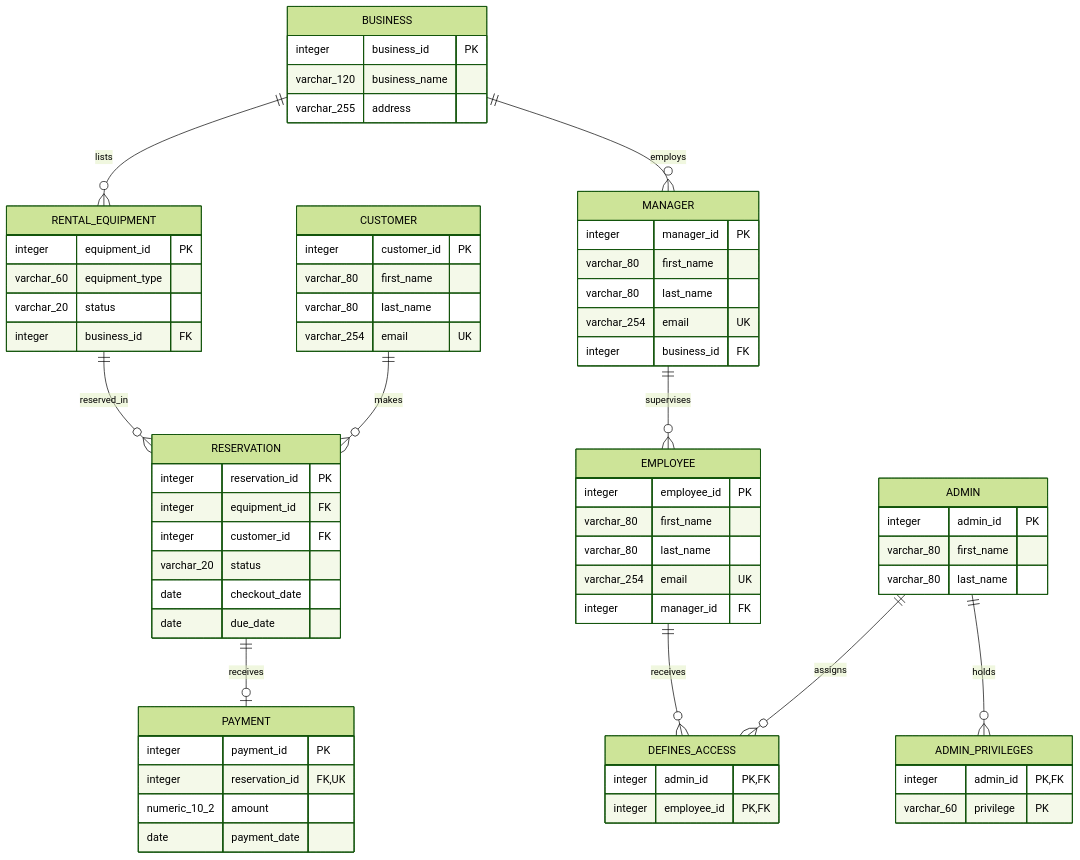
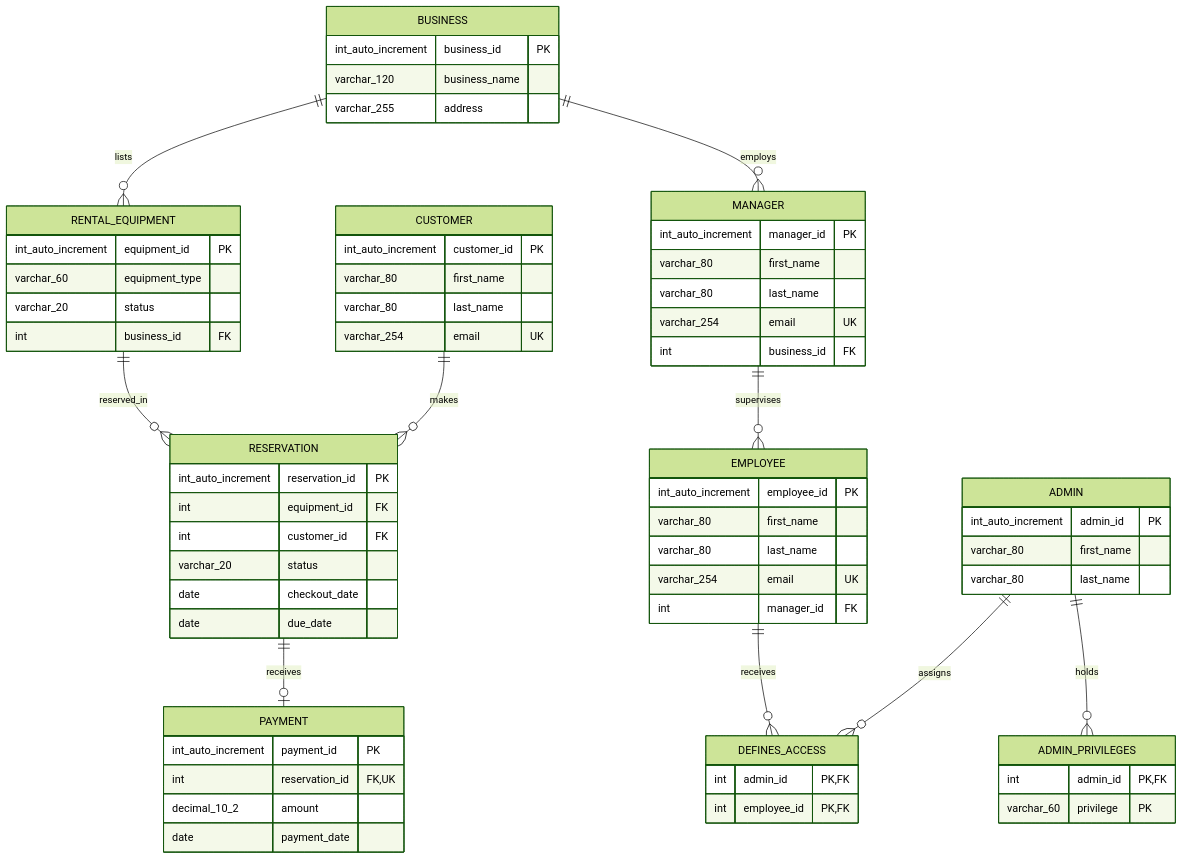
One commit to AryanMick/cs4604-group9-outdoor-rental changed the diagram in Corrected_Relational_Schema.mmd. Above: the diagram before and after it, drawn with Mermaid (forest theme). The commit also changed 38 other files, not shown here.

```diff
--- a/Corrected_Relational_Schema.mmd
+++ b/Corrected_Relational_Schema.mmd
@@ -1,68 +1,68 @@
 erDiagram
     BUSINESS ||--o{ RENTAL_EQUIPMENT : lists
     BUSINESS ||--o{ MANAGER : employs
     MANAGER ||--o{ EMPLOYEE : supervises
     CUSTOMER ||--o{ RESERVATION : makes
     RENTAL_EQUIPMENT ||--o{ RESERVATION : reserved_in
     RESERVATION ||--o| PAYMENT : receives
     ADMIN ||--o{ DEFINES_ACCESS : assigns
     EMPLOYEE ||--o{ DEFINES_ACCESS : receives
     ADMIN ||--o{ ADMIN_PRIVILEGES : holds
     BUSINESS {
-        integer business_id PK
+        int_auto_increment business_id PK
         varchar_120 business_name
         varchar_255 address
     }
     RENTAL_EQUIPMENT {
-        integer equipment_id PK
+        int_auto_increment equipment_id PK
         varchar_60 equipment_type
         varchar_20 status
-        integer business_id FK
+        int business_id FK
     }
     CUSTOMER {
-        integer customer_id PK
+        int_auto_increment customer_id PK
         varchar_80 first_name
         varchar_80 last_name
         varchar_254 email UK
     }
     RESERVATION {
-        integer reservation_id PK
-        integer equipment_id FK
-        integer customer_id FK
+        int_auto_increment reservation_id PK
+        int equipment_id FK
+        int customer_id FK
         varchar_20 status
         date checkout_date
         date due_date
     }
     PAYMENT {
-        integer payment_id PK
-        integer reservation_id FK, UK
-        numeric_10_2 amount
+        int_auto_increment payment_id PK
+        int reservation_id FK, UK
+        decimal_10_2 amount
         date payment_date
     }
     MANAGER {
-        integer manager_id PK
+        int_auto_increment manager_id PK
         varchar_80 first_name
         varchar_80 last_name
         varchar_254 email UK
-        integer business_id FK
+        int business_id FK
     }
     EMPLOYEE {
-        integer employee_id PK
+        int_auto_increment employee_id PK
         varchar_80 first_name
         varchar_80 last_name
         varchar_254 email UK
-        integer manager_id FK
+        int manager_id FK
     }
     ADMIN {
-        integer admin_id PK
+        int_auto_increment admin_id PK
         varchar_80 first_name
         varchar_80 last_name
     }
     DEFINES_ACCESS {
-        integer admin_id PK, FK
-        integer employee_id PK, FK
+        int admin_id PK, FK
+        int employee_id PK, FK
     }
     ADMIN_PRIVILEGES {
-        integer admin_id PK, FK
+        int admin_id PK, FK
         varchar_60 privilege PK
     }
```
